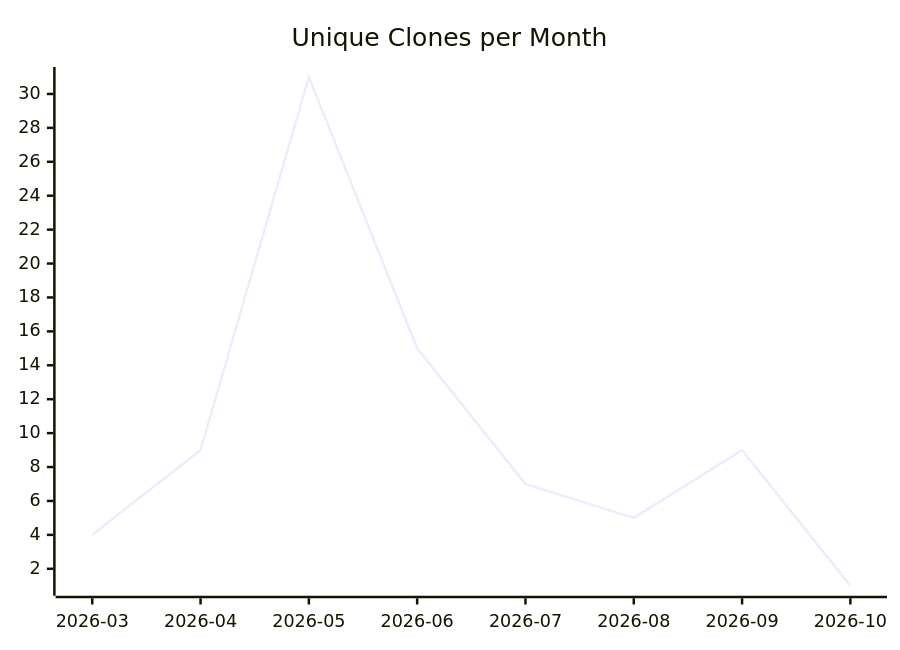
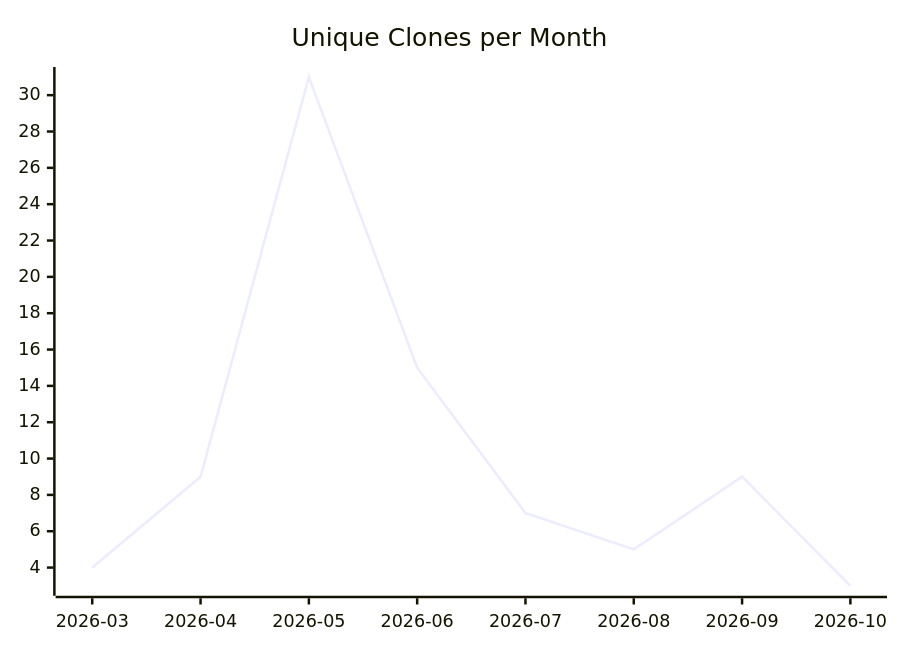
One commit to justdavis-family/github-analytics-data changed the third of 3 diagrams in karlmdavis/ansible-role-rcm-dotfiles/README.md. Above: the diagram before and after it, drawn with Mermaid. The commit also changed other lines of this file and 203 other files, not shown here.

````diff
--- a/karlmdavis/ansible-role-rcm-dotfiles/README.md
+++ b/karlmdavis/ansible-role-rcm-dotfiles/README.md
@@ -19,6 +19,6 @@
 ```mermaid
 xychart-beta
   title "Unique Clones per Month"
   x-axis ["2026-03", "2026-04", "2026-05", "2026-06", "2026-07", "2026-08", "2026-09", "2026-10"]
-  line [4, 9, 31, 15, 7, 5, 9, 1]
+  line [4, 9, 31, 15, 7, 5, 9, 3]
 ```
````
